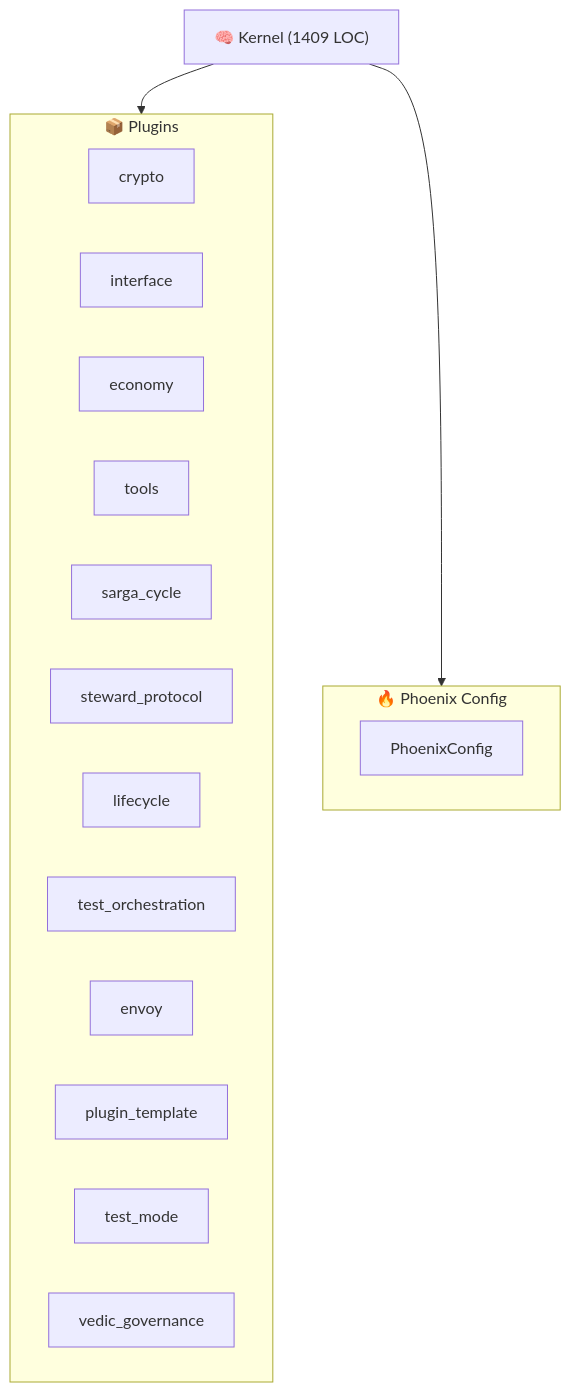
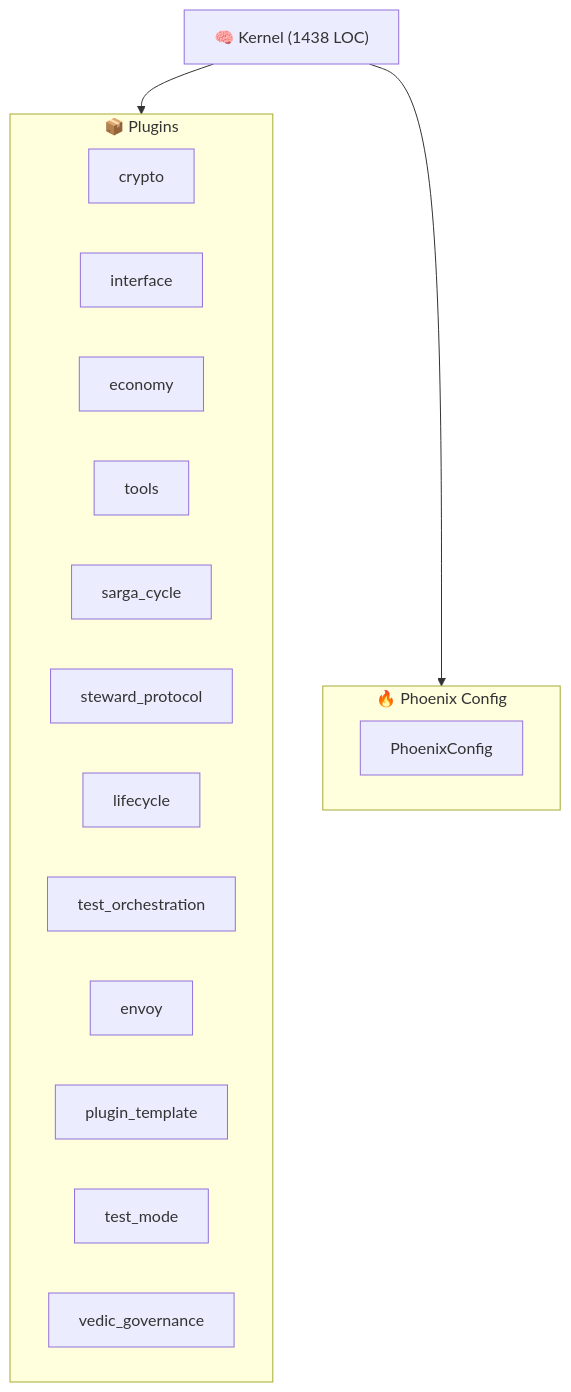
One commit to kimeisele/steward-protocol changed the diagram in ARCHITECTURE.md. Above: the diagram before and after it, drawn with Mermaid. The commit also changed other lines of this file and 15 other files, not shown here.

````diff
--- a/ARCHITECTURE.md
+++ b/ARCHITECTURE.md
@@ -8,23 +8,23 @@
 ```mermaid
 graph TB
-    K["🧠 Kernel (1409 LOC)"]
+    K["🧠 Kernel (1438 LOC)"]
     subgraph Plugins["📦 Plugins"]
         P_crypto["crypto"]
         P_interface["interface"]
         P_economy["economy"]
         P_tools["tools"]
         P_sarga_cycle["sarga_cycle"]
         P_steward_protocol["steward_protocol"]
         P_lifecycle["lifecycle"]
         P_test_orchestration["test_orchestration"]
         P_envoy["envoy"]
         P_plugin_template["plugin_template"]
         P_test_mode["test_mode"]
         P_vedic_governance["vedic_governance"]
     end
     K --> Plugins
     subgraph Config["🔥 Phoenix Config"]
         PC[PhoenixConfig]
     end
     K --> Config
 ```
````
